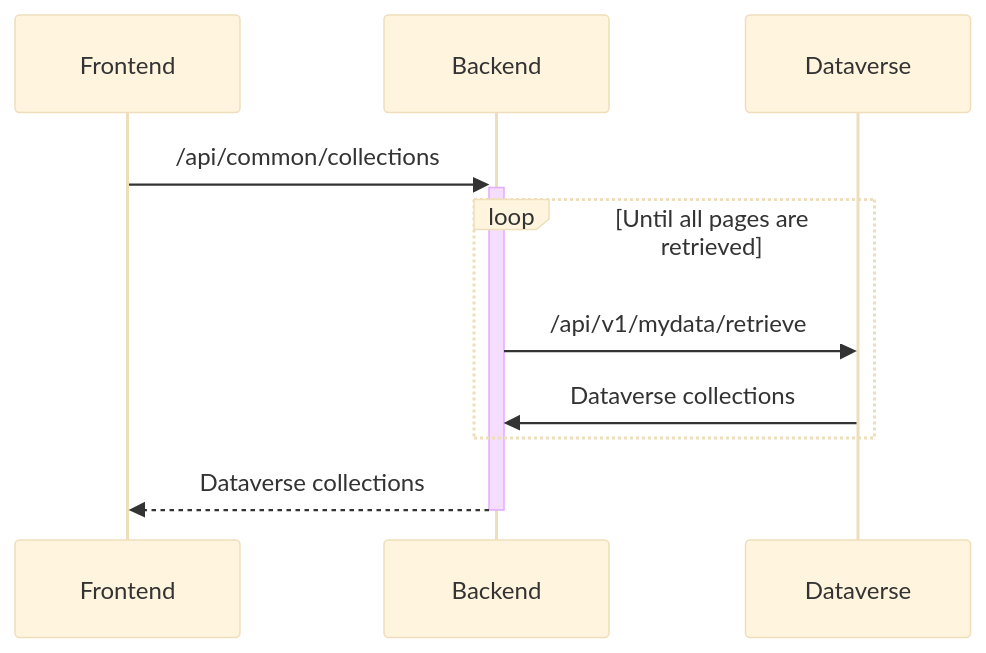
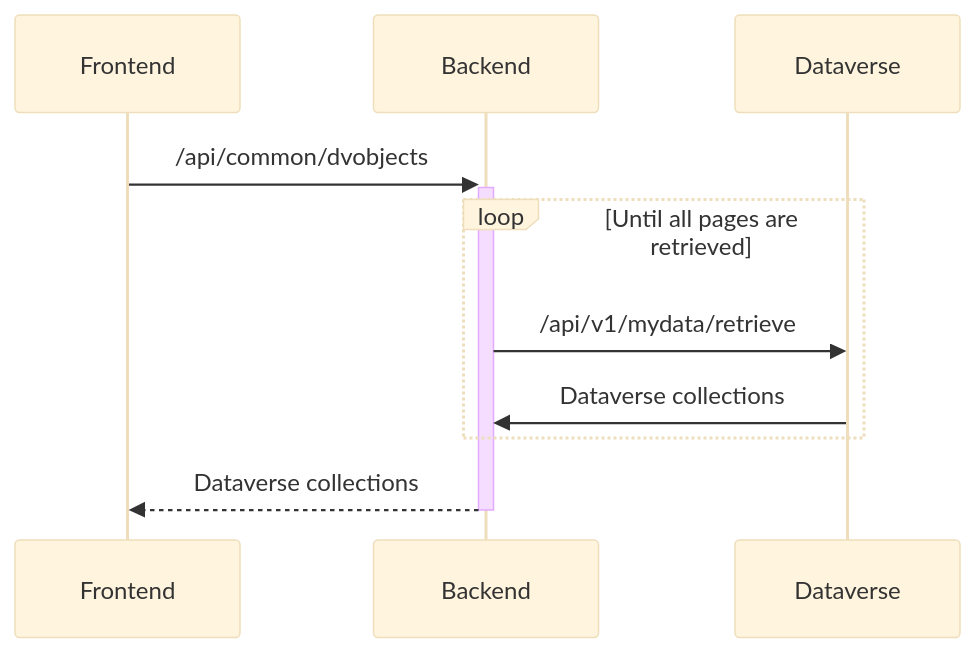
The second of 5 diagrams in README.md (libis/rdm-integration), drawn with Mermaid (base theme) before and after one commit. The commit also changed other lines of this file, not shown here.

Commit message:
updated sequence diagrams

````diff
--- a/README.md
+++ b/README.md
@@ -218,9 +218,9 @@
 ```mermaid
 sequenceDiagram
-    Frontend->>+Backend: /api/common/collections
+    Frontend->>+Backend: /api/common/dvobjects
     loop Until all pages are retrieved
     	Backend->>Dataverse: /api/v1/mydata/retrieve
 	Dataverse->>Backend: Dataverse collections
     end
     Backend-->>-Frontend: Dataverse collections
 ```
````
